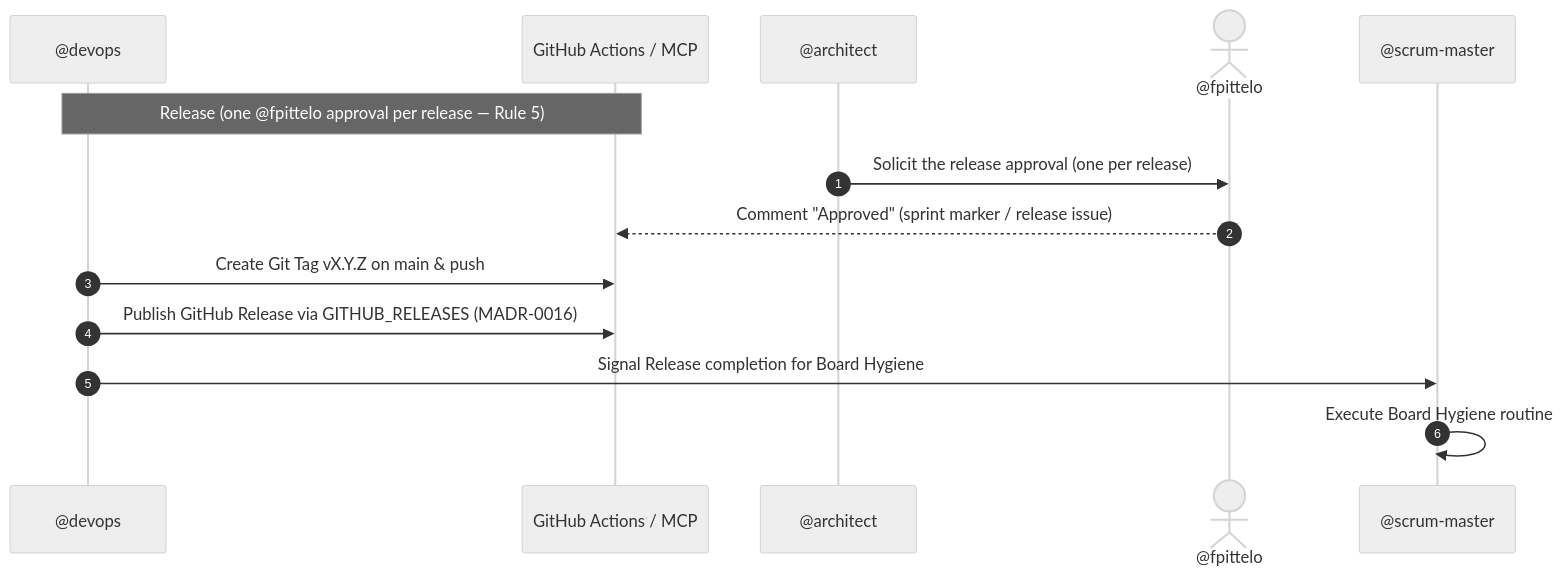
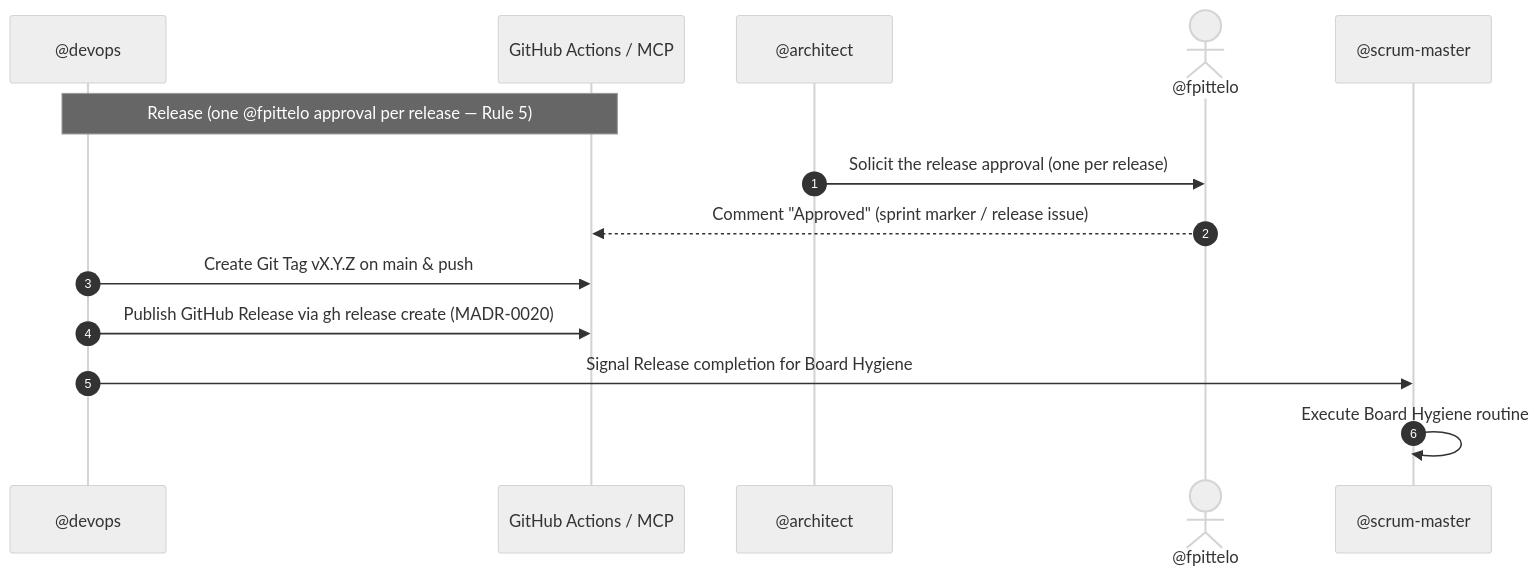
The third of 3 diagrams in agents/devops.md (fpittelo/opencode-home-config), drawn with Mermaid (neutral theme) before and after one commit. The commit also changed other lines of this file and 36 other files, not shown here.

First line of the commit message:
chore(341): retire tools/github-releases-mcp in favor of native gh release create (#351)

````diff
--- a/agents/devops.md
+++ b/agents/devops.md
@@ -146,17 +141,17 @@
 ```mermaid
 sequenceDiagram
     autonumber
     participant Ops as @devops
     participant GH as GitHub Actions / MCP
     participant Arch as @architect
     actor User as @fpittelo
     participant SM as @scrum-master
 
     Note over Ops, GH: Release (one @fpittelo approval per release — Rule 5)
     Arch->>User: Solicit the release approval (one per release)
     User-->>GH: Comment "Approved" (sprint marker / release issue)
     Ops->>GH: Create Git Tag vX.Y.Z on main & push
-    Ops->>GH: Publish GitHub Release via GITHUB_RELEASES (MADR-0016)
+    Ops->>GH: Publish GitHub Release via gh release create (MADR-0020)
     Ops->>SM: Signal Release completion for Board Hygiene
     SM->>SM: Execute Board Hygiene routine
 ```
````
